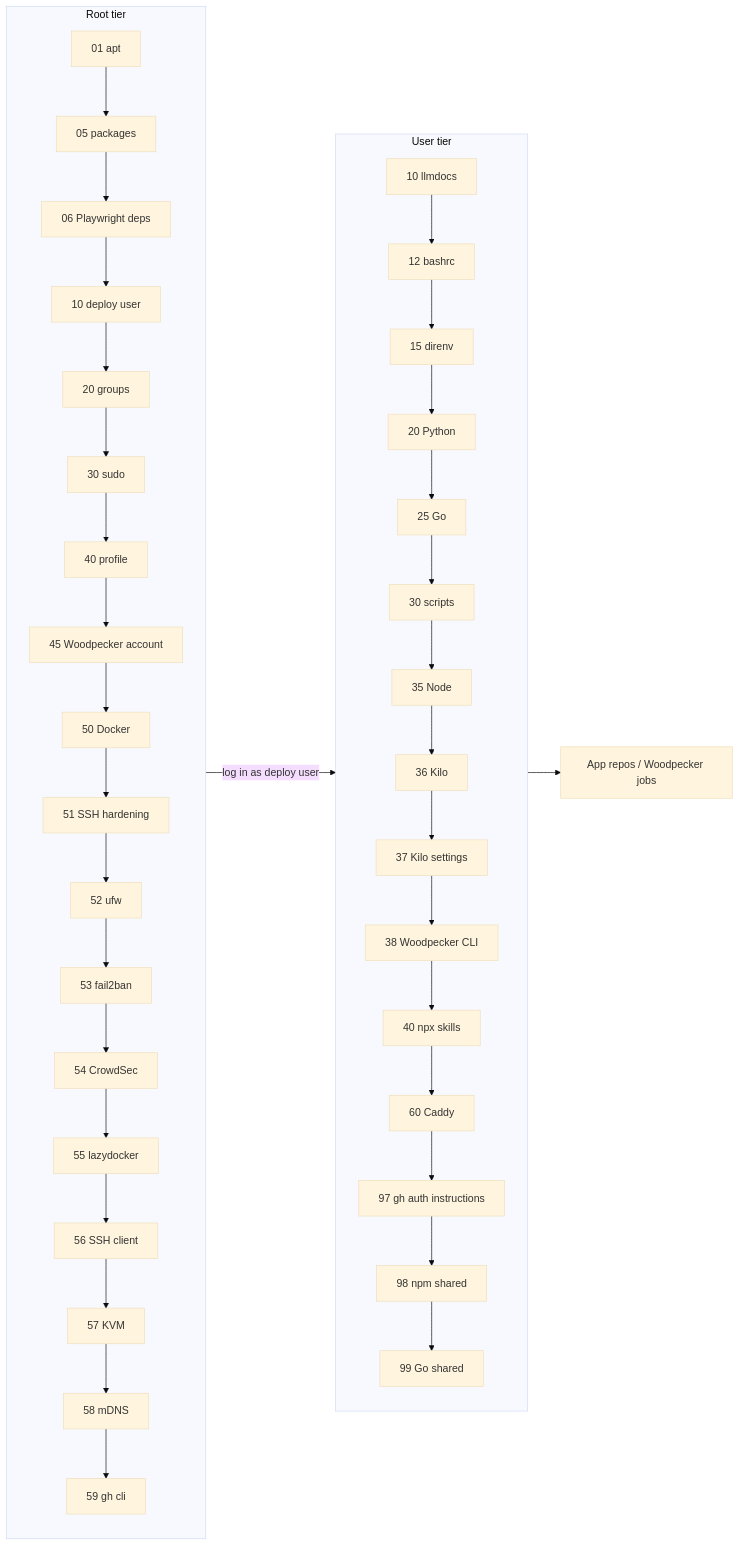
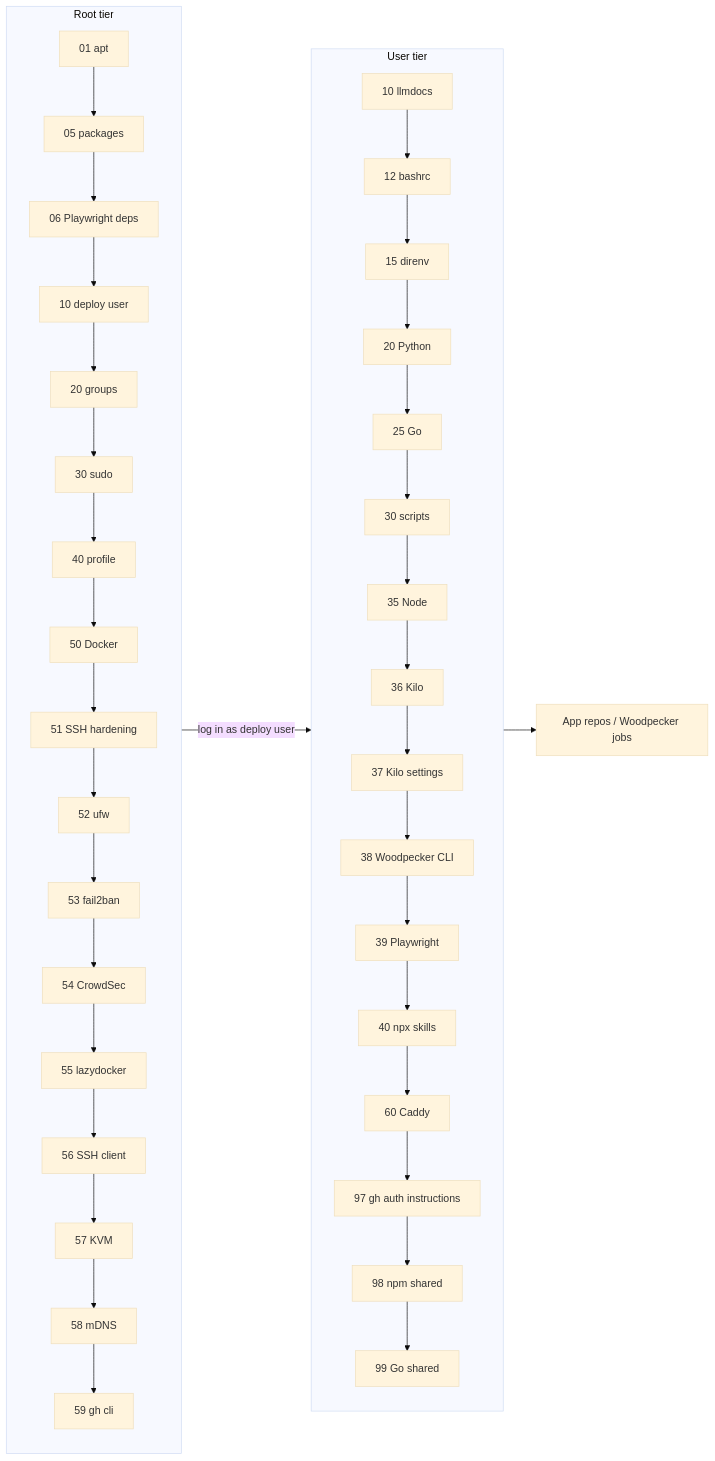
One commit to broadminde-org/bootstrap changed the second of 3 diagrams in docs/codemap.md. Above: the diagram before and after it, drawn with Mermaid (base theme). The commit also changed other lines of this file and 24 other files, not shown here.

First line of the commit message:
feat: gate Playwright provisioning and harden Caddy route listing

````diff
--- a/docs/codemap.md
+++ b/docs/codemap.md
@@ -54,19 +55,19 @@
 ```mermaid
 flowchart LR
     subgraph Root["Root tier"]
         R1["01 apt"] --> R2["05 packages"] --> R3["06 Playwright deps"]
         R3 --> R4["10 deploy user"] --> R5["20 groups"] --> R6["30 sudo"]
-        R6 --> R7["40 profile"] --> R8["45 Woodpecker account"] --> R9["50 Docker"]
+        R6 --> R7["40 profile"] --> R9["50 Docker"]
         R9 --> R10["51 SSH hardening"] --> R11["52 ufw"] --> R12["53 fail2ban"]
         R12 --> R13["54 CrowdSec"] --> R14["55 lazydocker"] --> R15["56 SSH client"]
         R15 --> R16["57 KVM"] --> R17["58 mDNS"] --> R18["59 gh cli"]
     end
     subgraph User["User tier"]
         U1["10 llmdocs"] --> U2["12 bashrc"] --> U3["15 direnv"] --> U4["20 Python"]
         U4 --> U5["25 Go"] --> U6["30 scripts"] --> U7["35 Node"] --> U8["36 Kilo"]
-        U8 --> U9["37 Kilo settings"] --> U10["38 Woodpecker CLI"] --> U11["40 npx skills"]
-        U11 --> U12["60 Caddy"] --> U13["97 gh auth instructions"] --> U14["98 npm shared"] --> U15["99 Go shared"]
+        U8 --> U9["37 Kilo settings"] --> U10["38 Woodpecker CLI"] --> U11["39 Playwright"] --> U12["40 npx skills"]
+        U12 --> U13["60 Caddy"] --> U14["97 gh auth instructions"] --> U15["98 npm shared"] --> U16["99 Go shared"]
     end
     Root -->|"log in as deploy user"| User
     User --> Apps["App repos / Woodpecker jobs"]
 ```
````
